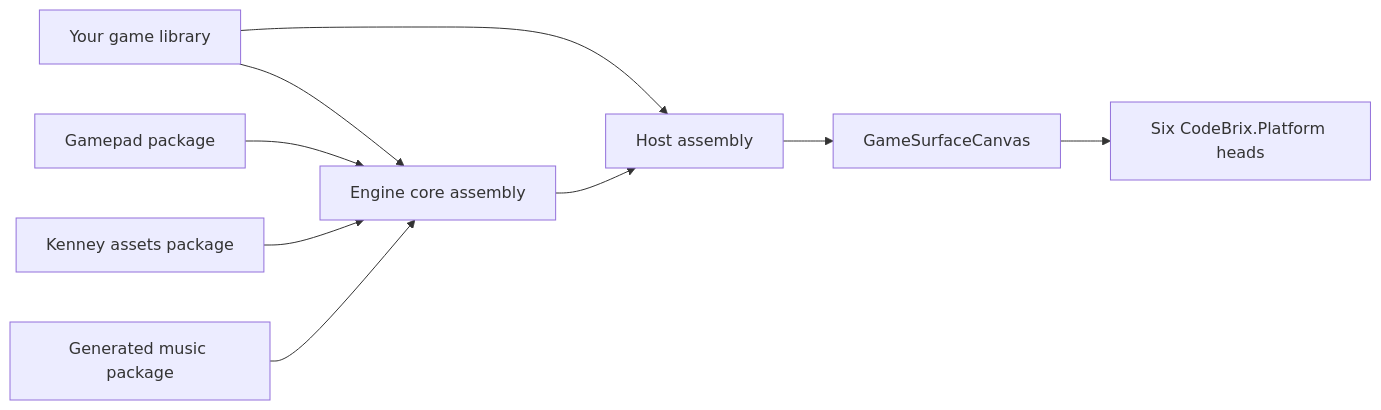
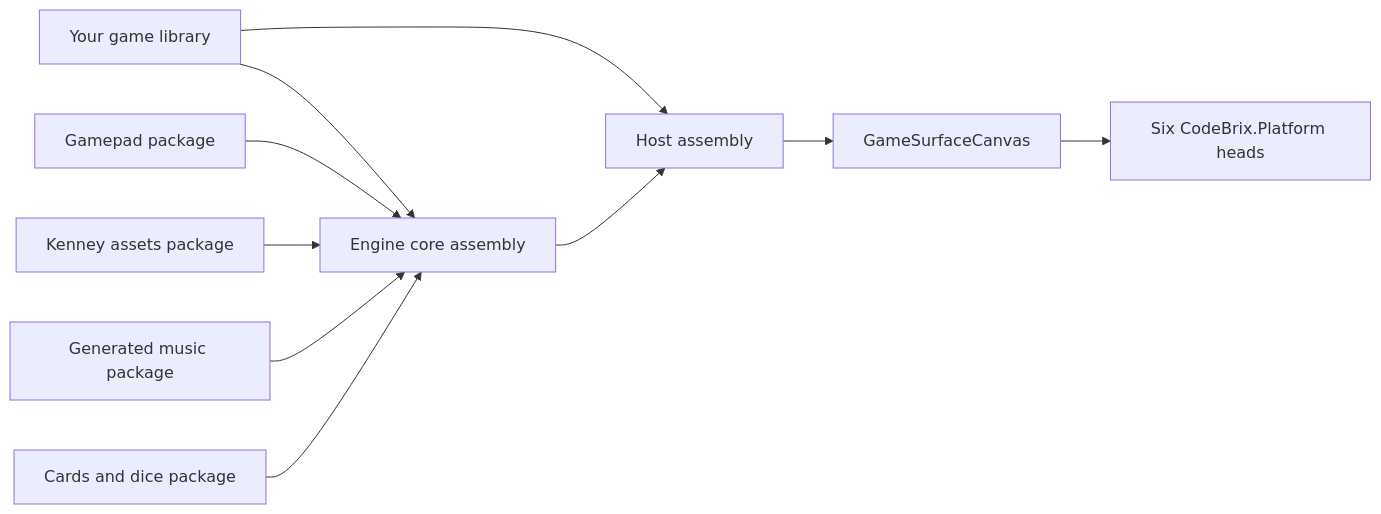
One commit to ellisnet/CodeBrix changed the diagram in docs/libraries/CodeBrix.Platform.GameEngine.md. Above: the diagram before and after it, drawn with Mermaid. The commit also changed other lines of this file and 100 other files, not shown here.

````diff
--- a/docs/libraries/CodeBrix.Platform.GameEngine.md
+++ b/docs/libraries/CodeBrix.Platform.GameEngine.md
@@ -120,11 +91,12 @@
 ```mermaid
 flowchart LR
   Game[Your game library] --> Engine[Engine core assembly]
   Game --> Host[Host assembly]
   Engine --> Host
   Host --> Canvas[GameSurfaceCanvas]
   Canvas --> Heads[Six CodeBrix.Platform heads]
   Pads[Gamepad package] --> Engine
   Kenney[Kenney assets package] --> Engine
   Music[Generated music package] --> Engine
+  Cards[Cards and dice package] --> Engine
 ```
````
